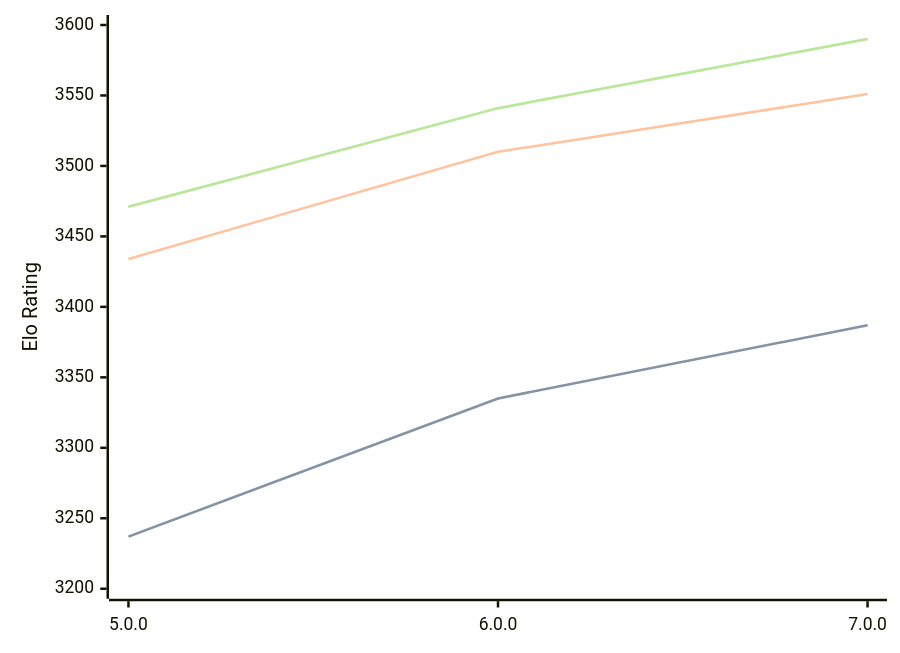
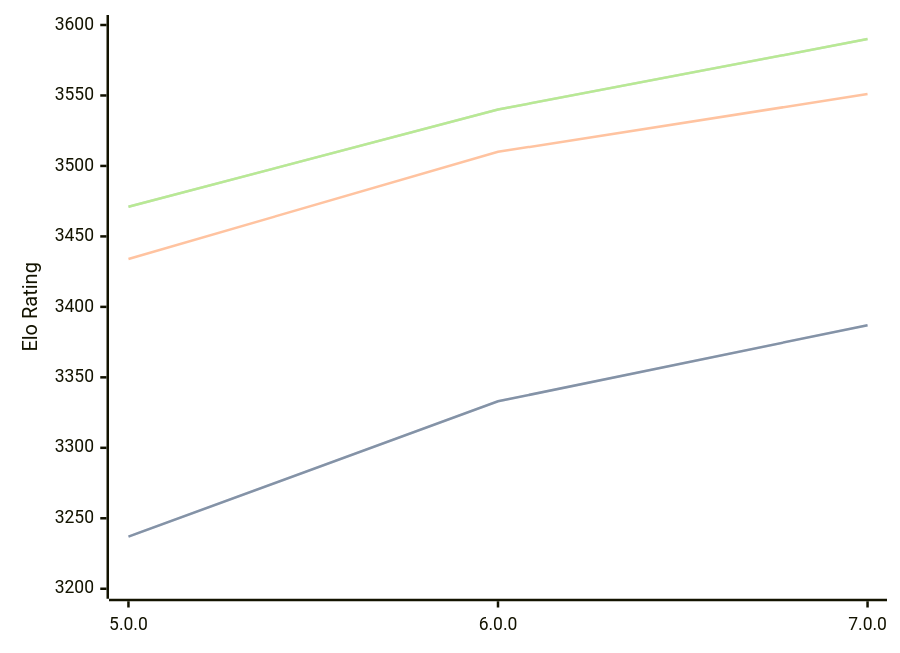
One commit to computer-chess-index/cci changed the diagram in engines/Stormphrax.md. Above: the diagram before and after it, drawn with Mermaid. The commit also changed other lines of this file, not shown here.

Commit message:
Update CCI Ratings (ELO VLTC) - 2026-03-16

````diff
--- a/engines/Stormphrax.md
+++ b/engines/Stormphrax.md
@@ -36,11 +36,11 @@
 ```mermaid
 %%{init: {"theme":"base","themeVariables":{"seriesColors:['#a3a3a3','#222221','#faa371']}}}%%
 xychart-beta
   x-axis ["5.0.0", "6.0.0", "7.0.0"]
   y-axis "Elo Rating" 3200 --> 3600
-  line "STC (8.0+0.08s)" [3237, 3335, 3387]
-  line "STC (8.0+0.08s)" [3237, 3335, 3387]
+  line "STC (8.0+0.08s)" [3237, 3333, 3387]
+  line "STC (8.0+0.08s)" [3237, 3333, 3387]
   line "LTC (60.0+0.60s)" [3434, 3510, 3551]
-  line "VLTC (2m24s+1.12s)" [3471, 3541, 3590]
-  line "VLTC (2m24s+1.12s)" [3471, 3541, 3590]
+  line "VLTC (2m24s+1.12s)" [3471, 3540, 3590]
+  line "VLTC (2m24s+1.12s)" [3471, 3540, 3590]
 ```
````
